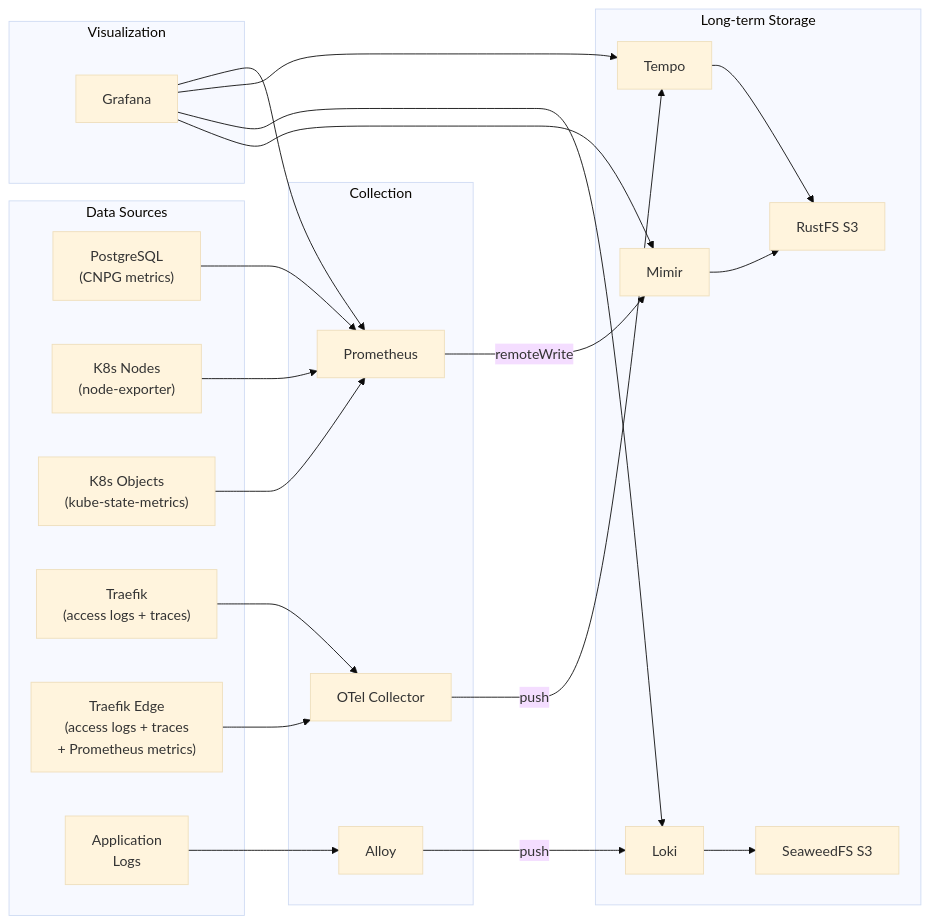
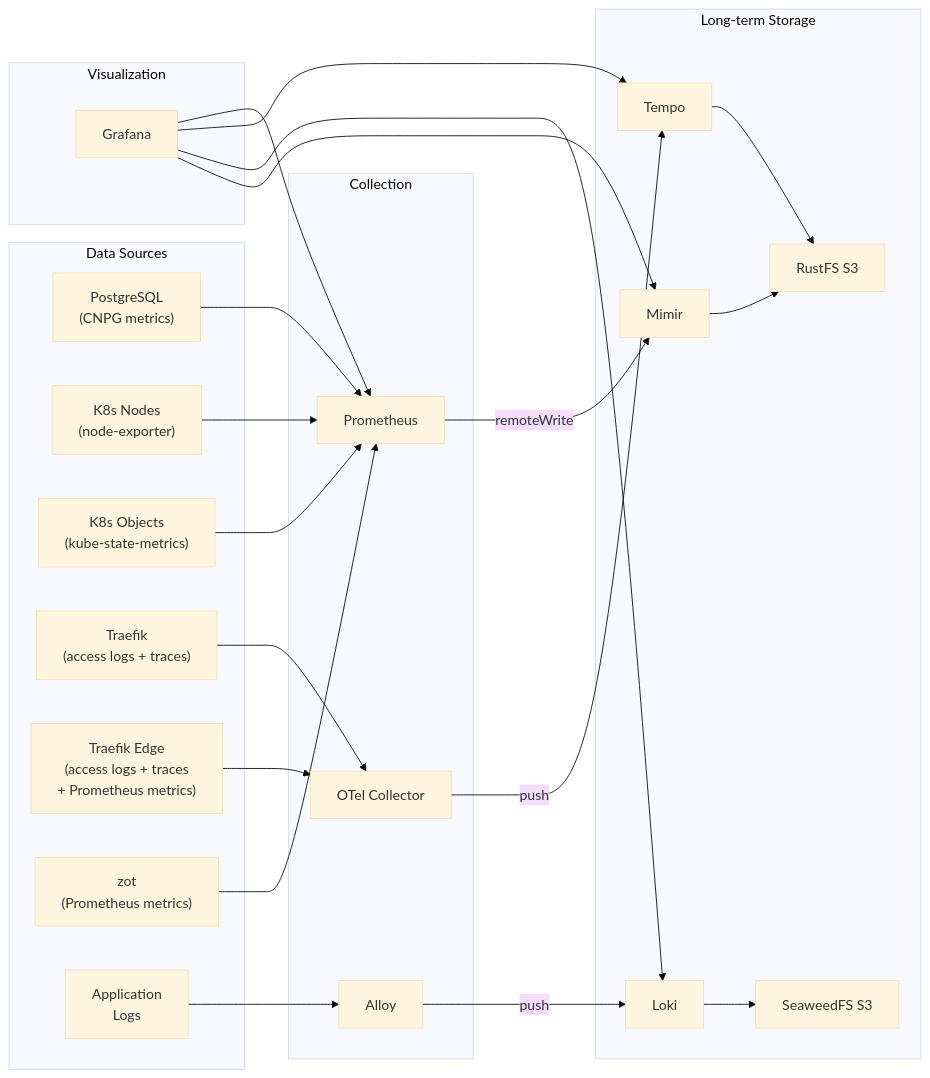
Before and after one commit to rmlandvreugd/cnpg-playground: diagram 11 of 12 in docs/architecture-overview.md, drawn with Mermaid (base theme). The commit also changed other lines of this file and 2 other files, not shown here.

First line of the commit message:
docs(zot): Spike 5 — document zot registry + stacker across architecture docs

````diff
--- a/docs/architecture-overview.md
+++ b/docs/architecture-overview.md
@@ -415,49 +420,51 @@
 ```mermaid
 flowchart LR
     subgraph Sources["Data Sources"]
         PG["PostgreSQL<br/>(CNPG metrics)"]
         K8sN["K8s Nodes<br/>(node-exporter)"]
         K8sO["K8s Objects<br/>(kube-state-metrics)"]
         TraefikS["Traefik<br/>(access logs + traces)"]
         TraefikEdgeS["Traefik Edge<br/>(access logs + traces<br/>+ Prometheus metrics)"]
+        ZotS["zot<br/>(Prometheus metrics)"]
         AppL["Application<br/>Logs"]
     end
 
     subgraph Collection["Collection"]
         Prom["Prometheus"]
         Alloy["Alloy"]
         OTel["OTel Collector"]
     end
 
     subgraph Storage["Long-term Storage"]
         Mimir["Mimir"]
         Loki["Loki"]
         Tempo["Tempo"]
         S3["RustFS S3"]
         Seaweed["SeaweedFS S3"]
     end
 
     subgraph Visualization["Visualization"]
         Grafana["Grafana"]
     end
 
     PG --> Prom
     K8sN --> Prom
     K8sO --> Prom
     AppL --> Alloy
     TraefikS --> OTel
     TraefikEdgeS --> OTel
+    ZotS --> Prom
 
     Prom -->|remoteWrite| Mimir
     Alloy -->|push| Loki
     OTel -->|push| Tempo
 
     Loki --> Seaweed
     Mimir --> S3
     Tempo --> S3
 
     Grafana --> Mimir
     Grafana --> Loki
     Grafana --> Tempo
     Grafana --> Prom
 ```
````
